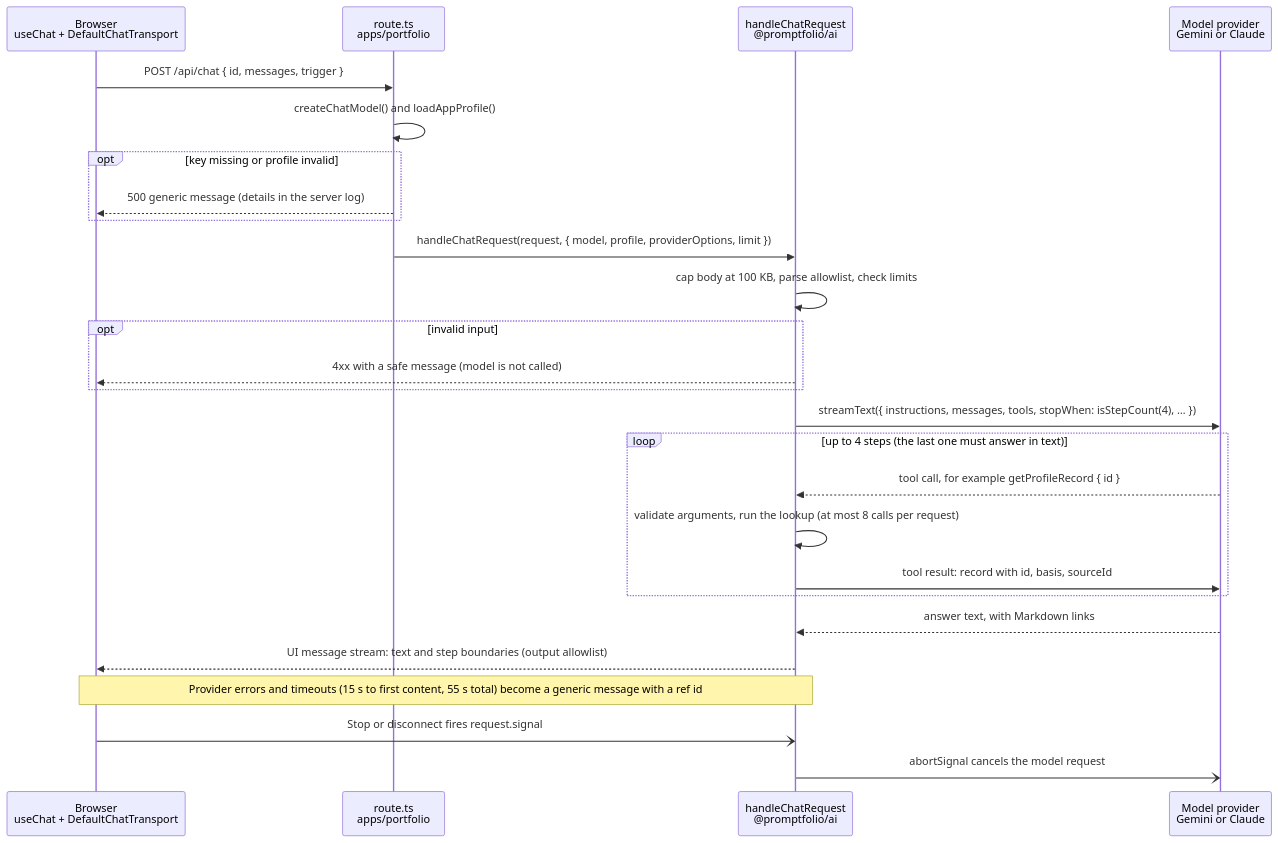
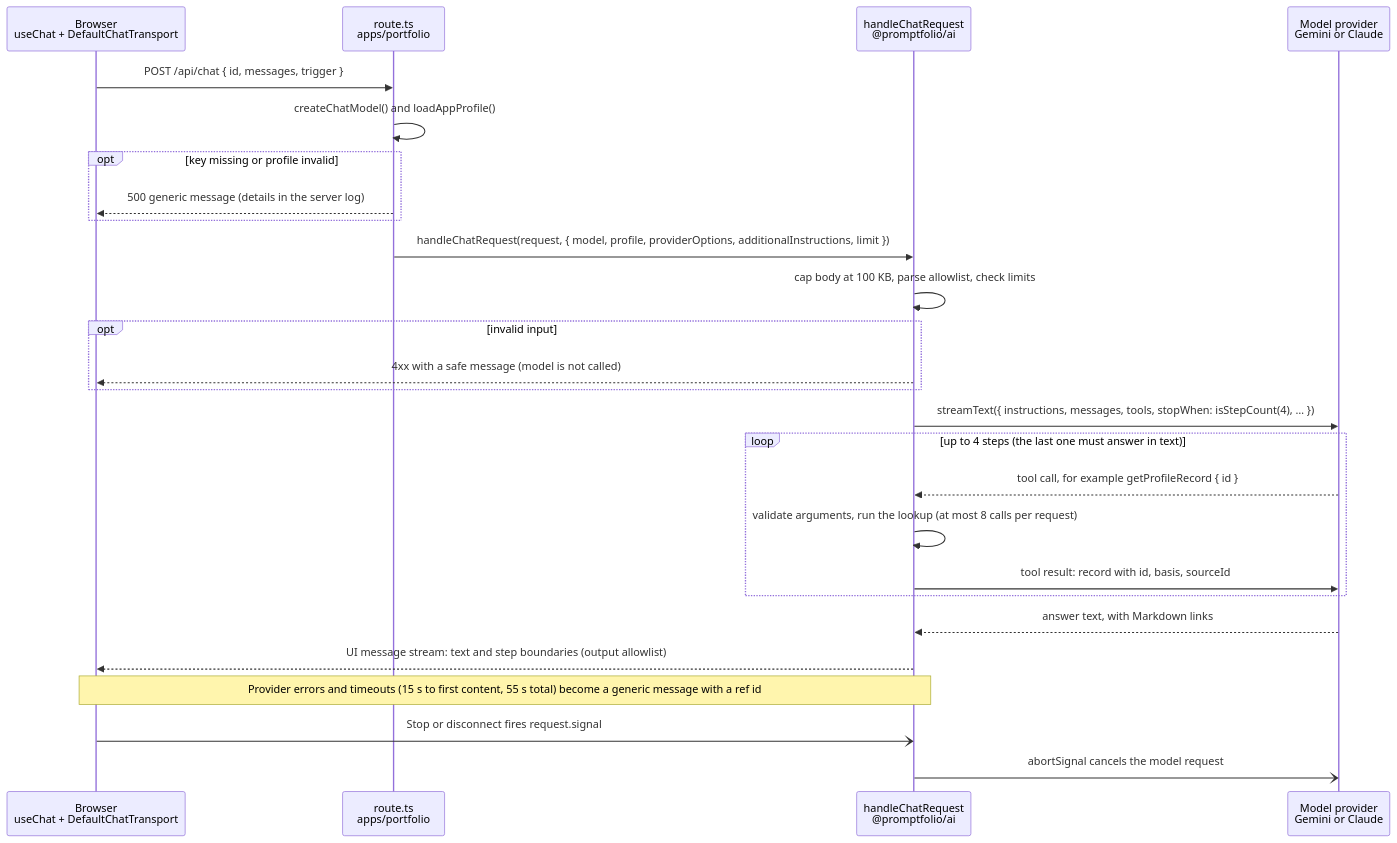
The second of 7 diagrams in docs/ARCHITECTURE.md (promptfolios/promptfolio), drawn with Mermaid before and after one commit. The commit also changed 35 other files, not shown here.

````diff
--- a/docs/ARCHITECTURE.md
+++ b/docs/ARCHITECTURE.md
@@ -136,29 +136,29 @@
 ```mermaid
 sequenceDiagram
     participant B as Browser<br/>useChat + DefaultChatTransport
     participant R as route.ts<br/>apps/portfolio
     participant H as handleChatRequest<br/>@promptfolio/ai
     participant P as Model provider<br/>Gemini or Claude
 
     B->>R: POST /api/chat { id, messages, trigger }
     R->>R: createChatModel() and loadAppProfile()
     opt key missing or profile invalid
         R-->>B: 500 generic message (details in the server log)
     end
-    R->>H: handleChatRequest(request, { model, profile, providerOptions, limit })
+    R->>H: handleChatRequest(request, { model, profile, providerOptions, additionalInstructions, limit })
     H->>H: cap body at 100 KB, parse allowlist, check limits
     opt invalid input
         H-->>B: 4xx with a safe message (model is not called)
     end
     H->>P: streamText({ instructions, messages, tools, stopWhen: isStepCount(4), … })
     loop up to 4 steps (the last one must answer in text)
         P-->>H: tool call, for example getProfileRecord { id }
         H->>H: validate arguments, run the lookup (at most 8 calls per request)
         H->>P: tool result: record with id, basis, sourceId
     end
     P-->>H: answer text, with Markdown links
     H-->>B: UI message stream: text and step boundaries (output allowlist)
     Note over B,H: Provider errors and timeouts (15 s to first content, 55 s total) become a generic message with a ref id
     B-)H: Stop or disconnect fires request.signal
     H-)P: abortSignal cancels the model request
 ```
````
